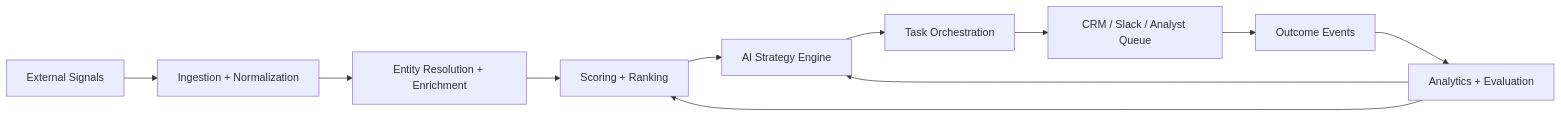
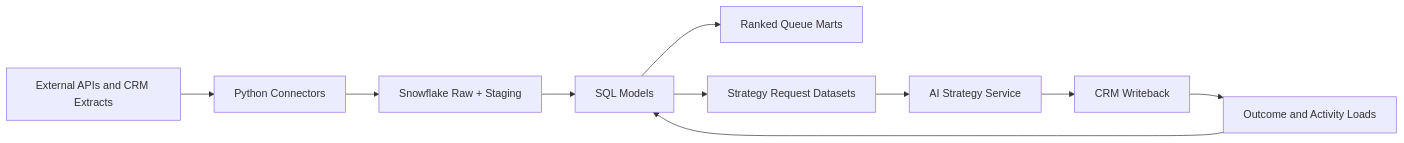
One commit to yghias/dealflow-ai-engine changed the diagram in README.md. Above: the diagram before and after it, drawn with Mermaid. The commit also changed other lines of this file and 82 other files, not shown here.

Commit message:
Refactor repository for SQL-first platform architecture

````diff
--- a/README.md
+++ b/README.md
@@ -13,13 +14,12 @@
 ```mermaid
 flowchart LR
-    A["External Signals"] --> B["Ingestion + Normalization"]
-    B --> C["Entity Resolution + Enrichment"]
-    C --> D["Scoring + Ranking"]
-    D --> E["AI Strategy Engine"]
-    E --> F["Task Orchestration"]
-    F --> G["CRM / Slack / Analyst Queue"]
-    G --> H["Outcome Events"]
-    H --> I["Analytics + Evaluation"]
+    A["External APIs and CRM Extracts"] --> B["Python Connectors"]
+    B --> C["Snowflake Raw + Staging"]
+    C --> D["SQL Models"]
+    D --> E["Ranked Queue Marts"]
+    D --> F["Strategy Request Datasets"]
+    F --> G["AI Strategy Service"]
+    G --> H["CRM Writeback"]
+    H --> I["Outcome and Activity Loads"]
     I --> D
-    I --> E
 ```
````
